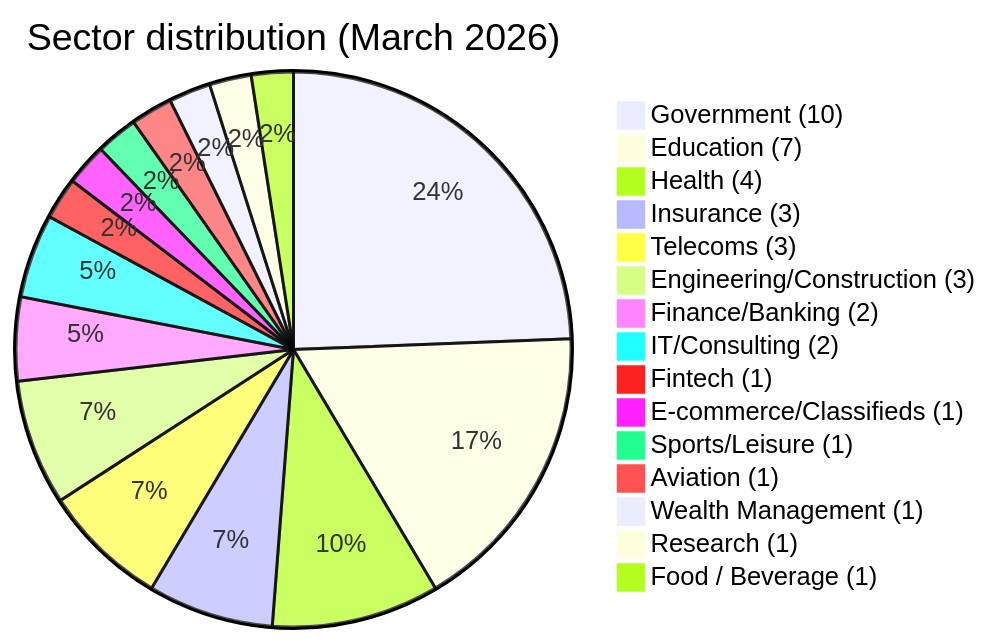
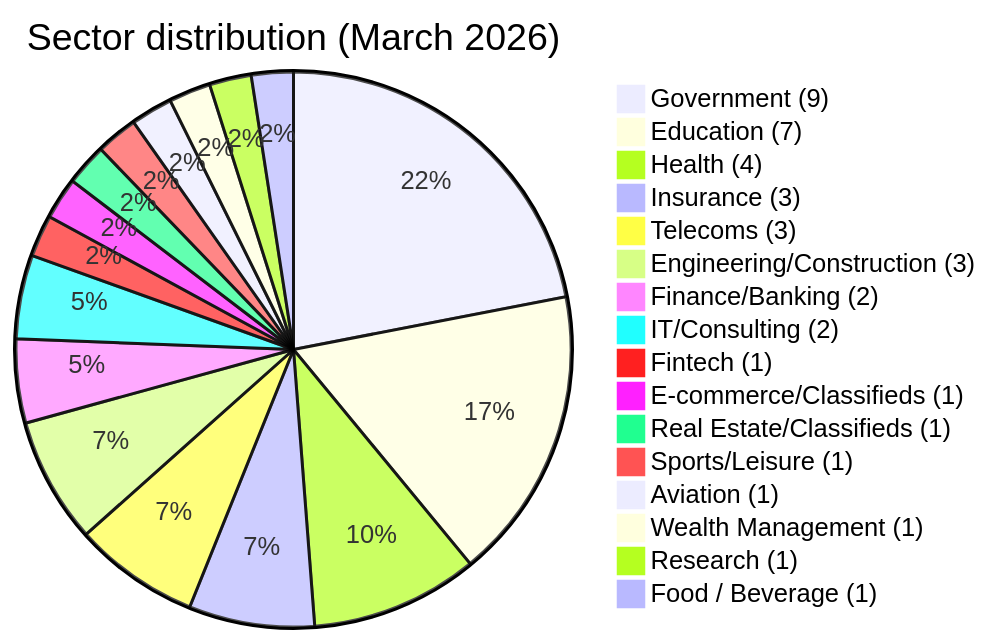
One commit to Hatchepsoute/AFRINTEL changed the fifth of 5 diagrams in CyberAttackAfrica/2026/03-march/README.md. Above: the diagram before and after it, drawn with Mermaid. The commit also changed other lines of this file and 255 other files, not shown here.

````diff
--- a/CyberAttackAfrica/2026/03-march/README.md
+++ b/CyberAttackAfrica/2026/03-march/README.md
@@ -239,19 +236,20 @@
 ```mermaid
 pie
  title Sector distribution (March 2026)
- "Government (10)" : 10
+ "Government (9)" : 9
  "Education (7)" : 7
  "Health (4)" : 4
  "Insurance (3)" : 3
  "Telecoms (3)" : 3
  "Engineering/Construction (3)" : 3
  "Finance/Banking (2)" : 2
  "IT/Consulting (2)" : 2
  "Fintech (1)" : 1
  "E-commerce/Classifieds (1)" : 1
+ "Real Estate/Classifieds (1)" : 1
  "Sports/Leisure (1)" : 1
  "Aviation (1)" : 1
  "Wealth Management (1)" : 1
  "Research (1)" : 1
  "Food / Beverage (1)" : 1
 ```
````
